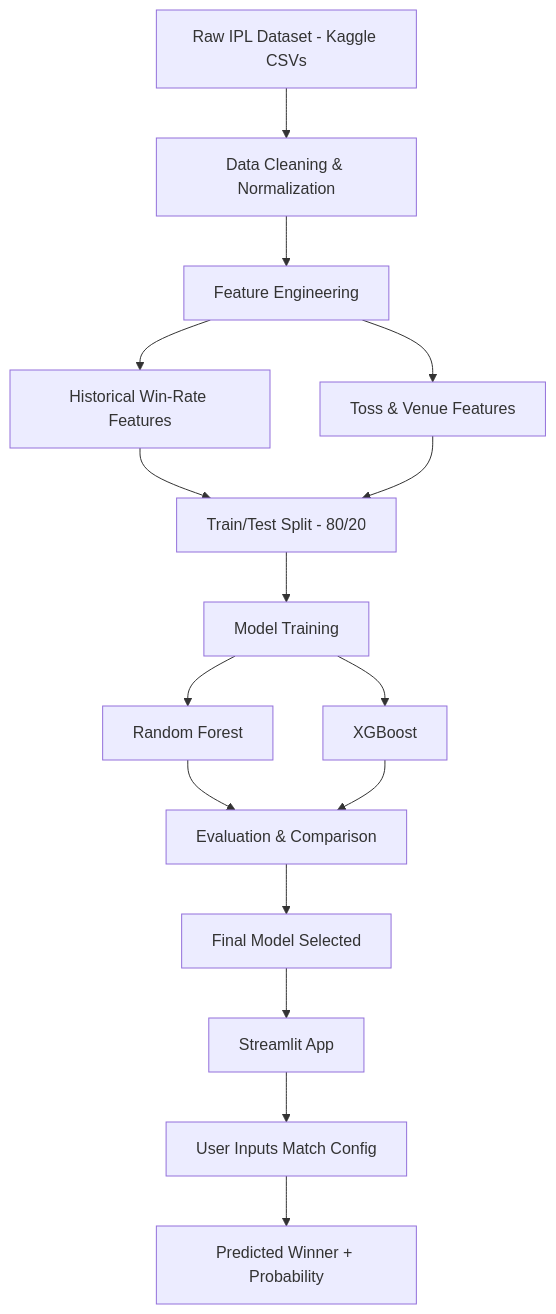
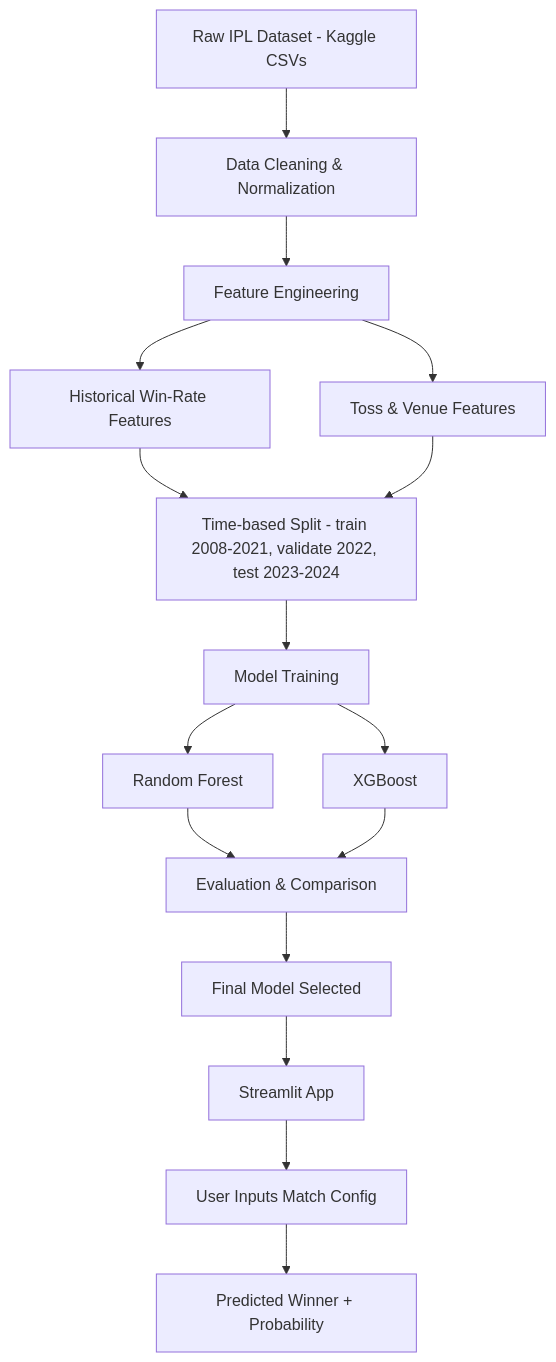
Before and after one commit to Roy-code5k/IPL_Match_Predictor-: the diagram in README.md, drawn with Mermaid. The commit also changed other lines of this file and 2 other files, not shown here.

````diff
--- a/README.md
+++ b/README.md
@@ -69,18 +69,18 @@
 ```mermaid
 flowchart TD
     A[Raw IPL Dataset - Kaggle CSVs] --> B[Data Cleaning & Normalization]
     B --> C[Feature Engineering]
     C --> D[Historical Win-Rate Features]
     C --> E[Toss & Venue Features]
-    D --> F[Train/Test Split - 80/20]
+    D --> F[Time-based Split - train 2008-2021, validate 2022, test 2023-2024]
     E --> F
     F --> G[Model Training]
     G --> H[Random Forest]
     G --> I[XGBoost]
     H --> J[Evaluation & Comparison]
     I --> J
     J --> K[Final Model Selected]
     K --> L[Streamlit App]
     L --> M[User Inputs Match Config]
     M --> N[Predicted Winner + Probability]
 ```
````
